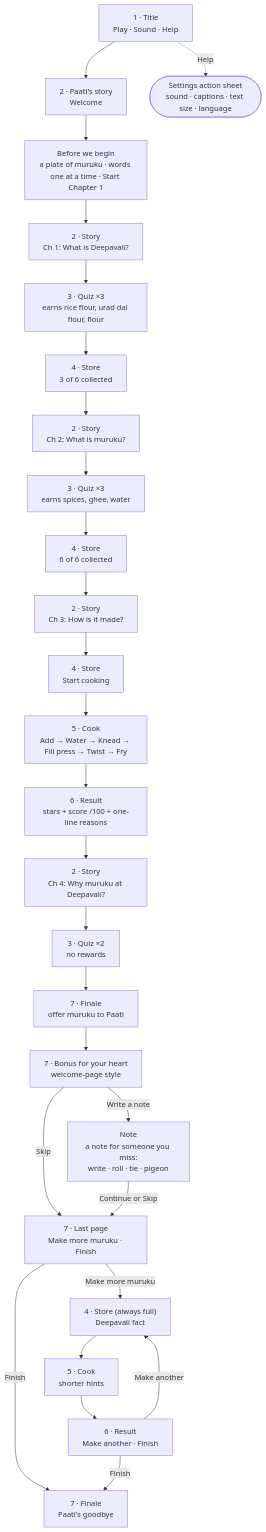
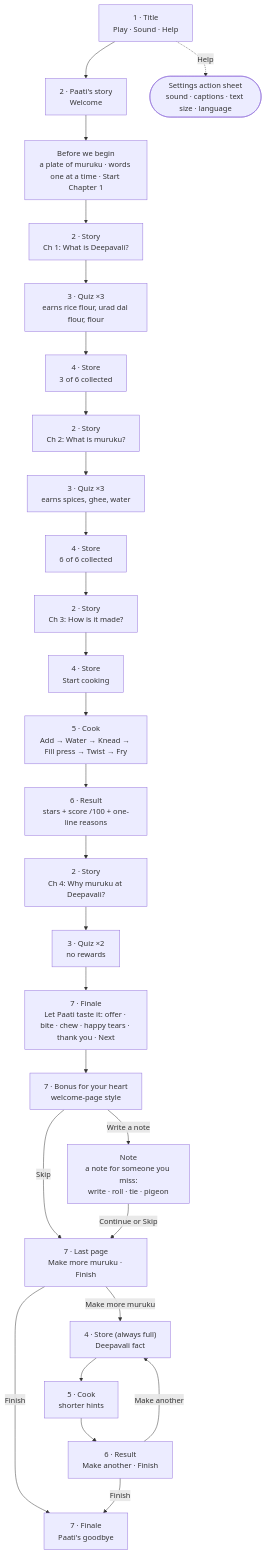
One commit to krishanala/paatis-recipe-kitchen changed the diagram in docs/user-flow.md. Above: the diagram before and after it, drawn with Mermaid. The commit also changed other lines of this file and 14 other files, not shown here.

First line of the commit message:
Finale: Let Paati taste it, with a four-picture tasting animation

````diff
--- a/docs/user-flow.md
+++ b/docs/user-flow.md
@@ -5,34 +5,34 @@
 ```mermaid
 flowchart TD
     T["1 · Title<br/>Play · Sound · Help"] --> W["2 · Paati's story<br/>Welcome"]
     T -. Help .-> S(["Settings action sheet<br/>sound · captions · text size · language"])
 
     W --> I["Before we begin<br/>a plate of muruku · words one at a time · Start Chapter 1"]
     I --> C1["2 · Story<br/>Ch 1: What is Deepavali?"]
     C1 --> Q1["3 · Quiz ×3<br/>earns rice flour, urad dal flour, flour"]
     Q1 --> ST1["4 · Store<br/>3 of 6 collected"]
 
     ST1 --> C2["2 · Story<br/>Ch 2: What is muruku?"]
     C2 --> Q2["3 · Quiz ×3<br/>earns spices, ghee, water"]
     Q2 --> ST2["4 · Store<br/>6 of 6 collected"]
 
     ST2 --> C3["2 · Story<br/>Ch 3: How is it made?"]
     C3 --> ST3["4 · Store<br/>Start cooking"]
     ST3 --> K["5 · Cook<br/>Add → Water → Knead → Fill press → Twist → Fry"]
     K --> R["6 · Result<br/>stars + score /100 + one-line reasons"]
 
     R --> C4["2 · Story<br/>Ch 4: Why muruku at Deepavali?"]
     C4 --> Q4["3 · Quiz ×2<br/>no rewards"]
-    Q4 --> F["7 · Finale<br/>offer muruku to Paati"]
+    Q4 --> F["7 · Finale<br/>Let Paati taste it: offer · bite · chew · happy tears · thank you · Next"]
     F --> B["7 · Bonus for your heart<br/>welcome-page style"]
     B -- Write a note --> N["Note<br/>a note for someone you miss:<br/>write · roll · tie · pigeon"]
     B -- Skip --> C["7 · Last page<br/>Make more muruku · Finish"]
     N -- Continue or Skip --> C
     C -- Finish --> G["7 · Finale<br/>Paati's goodbye"]
 
     C -- Make more muruku --> FK["4 · Store (always full)<br/>Deepavali fact"]
     FK --> K2["5 · Cook<br/>shorter hints"]
     K2 --> R2["6 · Result<br/>Make another · Finish"]
     R2 -- Make another --> FK
     R2 -- Finish --> G
 ```
````
